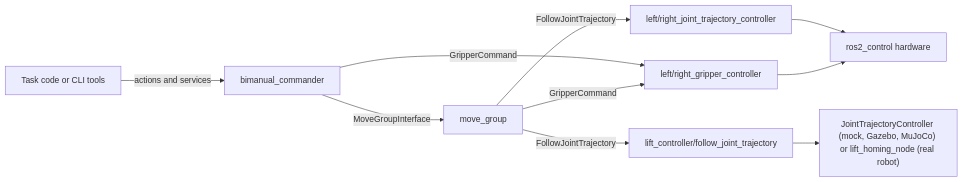
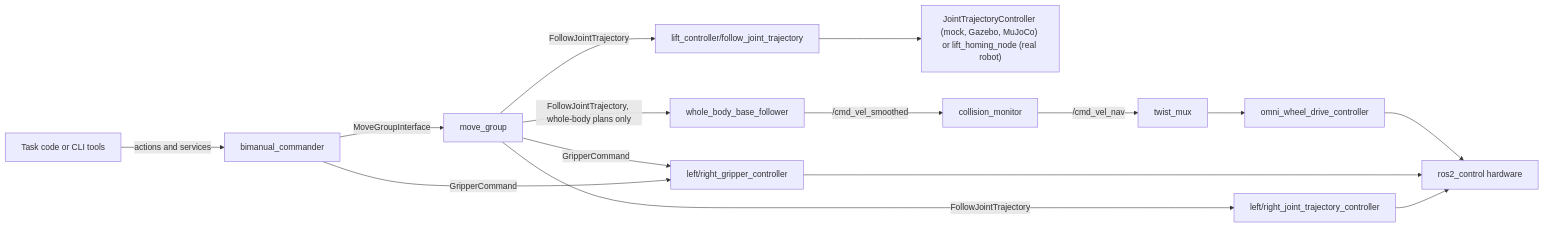
One commit to EIC-Robocup-2026/walkie-ros changed the diagram in docs/guides/manipulation.md. Above: the diagram before and after it, drawn with Mermaid. The commit also changed other lines of this file and 9 other files, not shown here.

Commit message:
docs: describe whole-body goals and add Migration Log entry 7

````diff
--- a/docs/guides/manipulation.md
+++ b/docs/guides/manipulation.md
@@ -337,12 +619,17 @@
 ```mermaid
 flowchart LR
     client["Task code or CLI tools"] -->|"actions and services"| cmd["bimanual_commander"]
     cmd -->|"MoveGroupInterface"| mg["move_group"]
     cmd -->|"GripperCommand"| grip["left/right_gripper_controller"]
     mg -->|"FollowJointTrajectory"| arms["left/right_joint_trajectory_controller"]
     mg -->|"GripperCommand"| grip
     mg -->|"FollowJointTrajectory"| lift["lift_controller/follow_joint_trajectory"]
     arms --> hw["ros2_control hardware"]
     grip --> hw
     lift --> lifthw["JointTrajectoryController (mock, Gazebo, MuJoCo) or lift_homing_node (real robot)"]
+    mg -->|"FollowJointTrajectory, whole-body plans only"| follower["whole_body_base_follower"]
+    follower -->|"/cmd_vel_smoothed"| monitor["collision_monitor"]
+    monitor -->|"/cmd_vel_nav"| mux["twist_mux"]
+    mux --> omni["omni_wheel_drive_controller"]
+    omni --> hw
 ```
````
